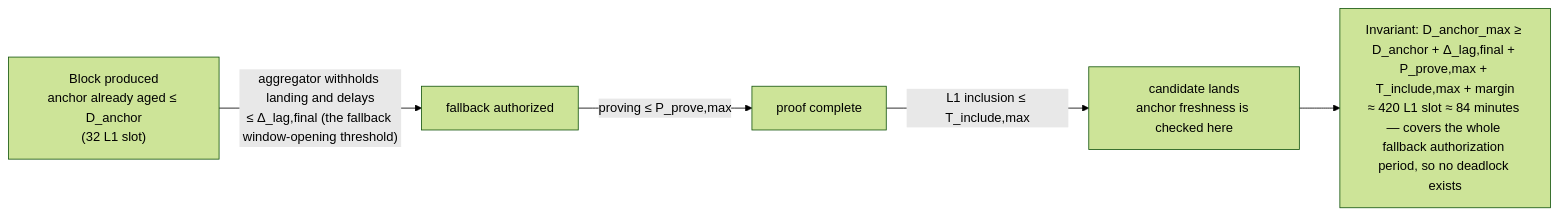
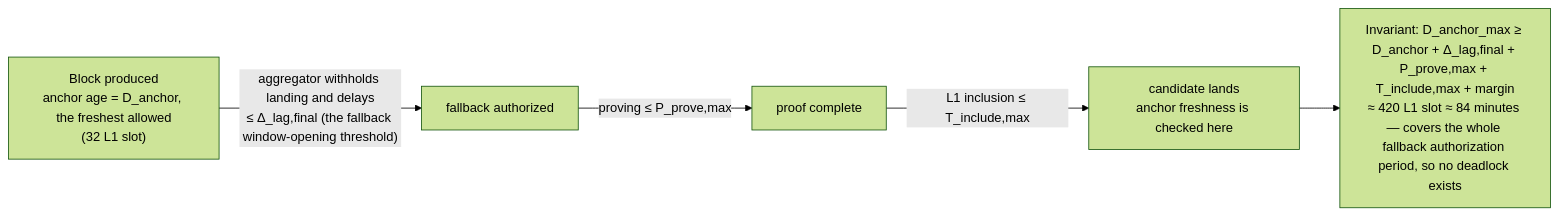
Before and after one commit to taikoxyz/taiko-mono: the ninth of 9 diagrams in packages/protocol/docs/preconfirmation-v2/slot-chain-spec.en.md, drawn with Mermaid (forest theme). The commit also changed other lines of this file and 4 other files, not shown here.

````diff
--- a/packages/protocol/docs/preconfirmation-v2/slot-chain-spec.en.md
+++ b/packages/protocol/docs/preconfirmation-v2/slot-chain-spec.en.md
@@ -1505,7 +1504,7 @@
   ```mermaid
   flowchart LR
-      T0["Block produced<br/>anchor already aged ≤ D_anchor<br/>(32 L1 slot)"] -->|"aggregator withholds landing and delays<br/>≤ Δ_lag,final (the fallback window-opening threshold)"| T1["fallback authorized"]
+      T0["Block produced<br/>anchor age = D_anchor, the freshest allowed<br/>(32 L1 slot)"] -->|"aggregator withholds landing and delays<br/>≤ Δ_lag,final (the fallback window-opening threshold)"| T1["fallback authorized"]
       T1 -->|"proving ≤ P_prove,max"| T2["proof complete"]
       T2 -->|"L1 inclusion ≤ T_include,max"| T3["candidate lands<br/>anchor freshness is checked here"]
       T3 --> INV["Invariant: D_anchor_max ≥ D_anchor + Δ_lag,final + P_prove,max + T_include,max + margin<br/>≈ 420 L1 slot ≈ 84 minutes — covers the whole fallback authorization period, so no deadlock exists"]
   ```
````
